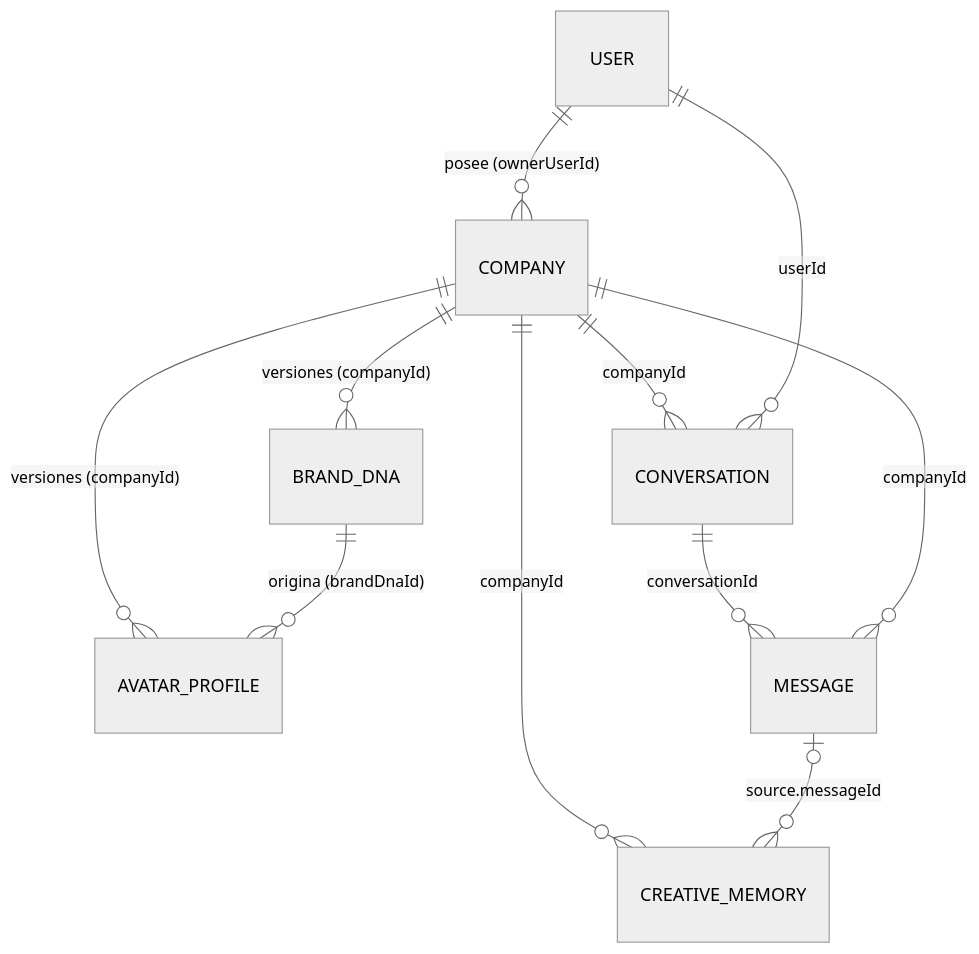
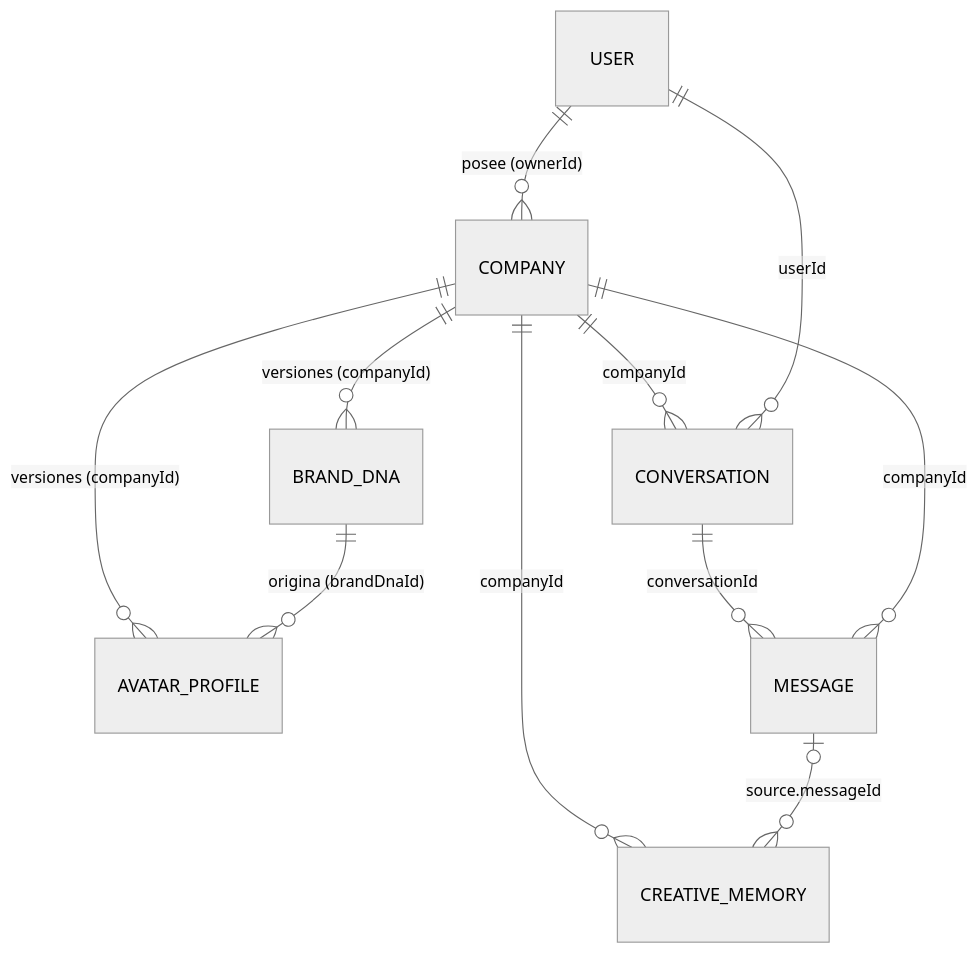
One commit to Jondelk/PixelIA changed the diagram in docs/ENTITIES.md. Above: the diagram before and after it, drawn with Mermaid (neutral theme). The commit also changed other lines of this file and 75 other files, not shown here.

````diff
--- a/docs/ENTITIES.md
+++ b/docs/ENTITIES.md
@@ -15,13 +15,13 @@
 ```mermaid
 erDiagram
-  USER ||--o{ COMPANY : "posee (ownerUserId)"
+  USER ||--o{ COMPANY : "posee (ownerId)"
   COMPANY ||--o{ BRAND_DNA : "versiones (companyId)"
   COMPANY ||--o{ AVATAR_PROFILE : "versiones (companyId)"
   BRAND_DNA ||--o{ AVATAR_PROFILE : "origina (brandDnaId)"
   COMPANY ||--o{ CONVERSATION : "companyId"
   USER ||--o{ CONVERSATION : "userId"
   CONVERSATION ||--o{ MESSAGE : "conversationId"
   COMPANY ||--o{ MESSAGE : "companyId"
   COMPANY ||--o{ CREATIVE_MEMORY : "companyId"
   MESSAGE |o--o{ CREATIVE_MEMORY : "source.messageId"
 ```
````
